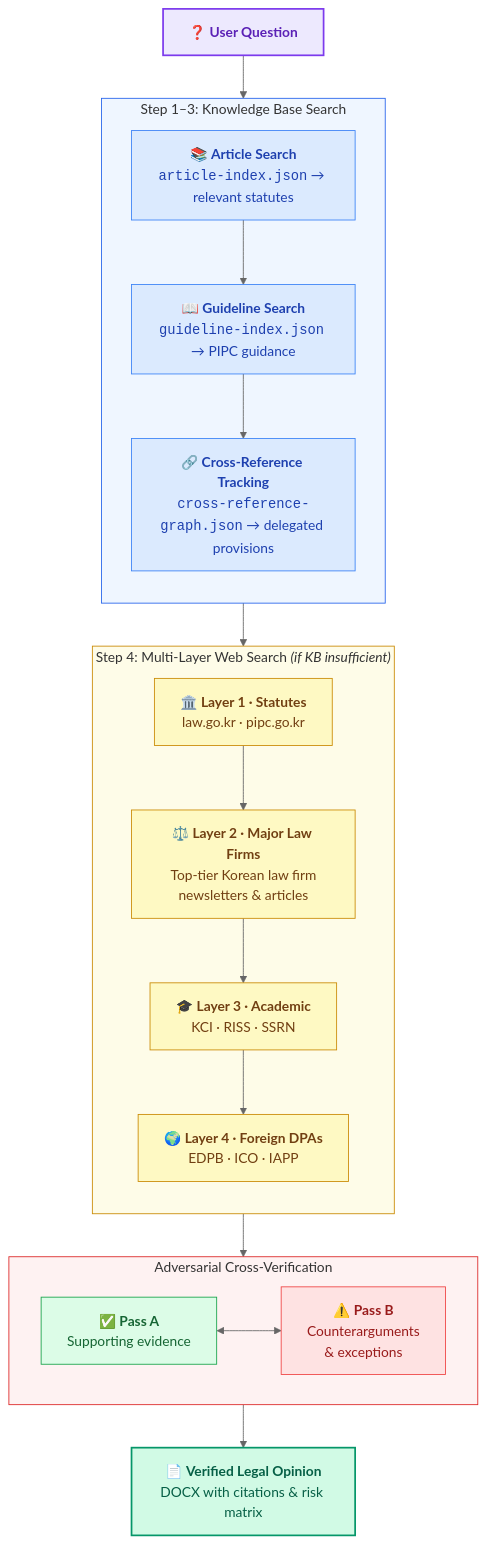
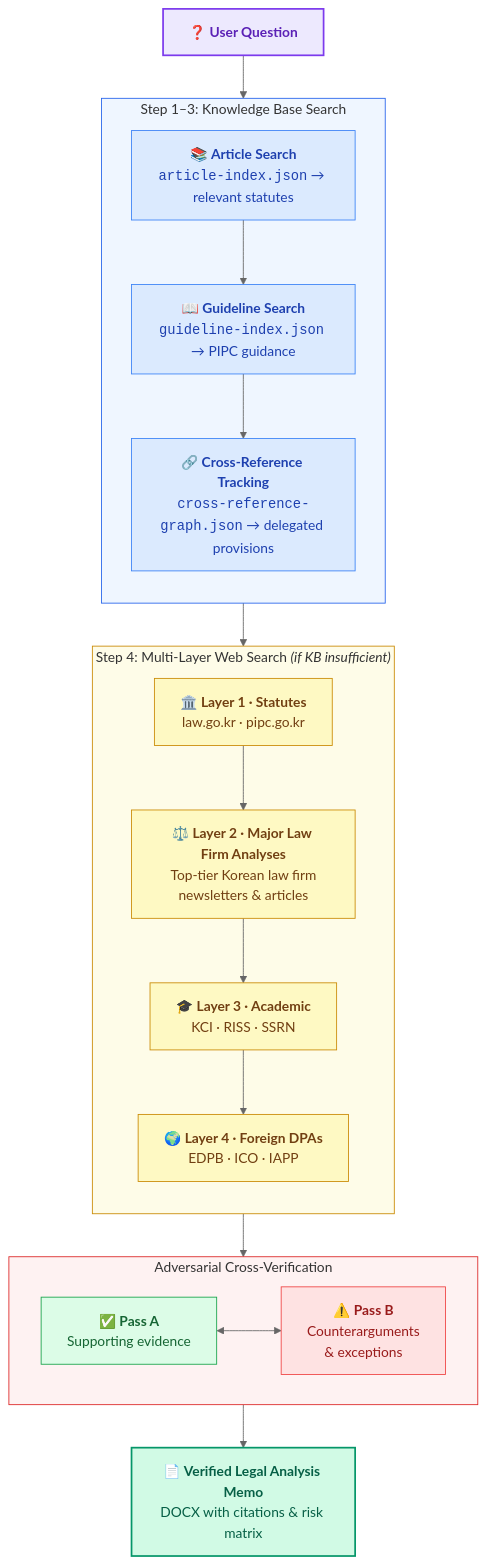
The second of 2 diagrams in README.md (kipeum86/PIPA-expert), drawn with Mermaid (neutral theme) before and after one commit. The commit also changed other lines of this file and 6 other files, not shown here.

````diff
--- a/README.md
+++ b/README.md
@@ -252,50 +252,50 @@
 ```mermaid
 flowchart TD
     Q["❓ <b>User Question</b>"]
 
     subgraph kb["Step 1–3: Knowledge Base Search"]
         direction TB
         S1["📚 <b>Article Search</b><br/><code>article-index.json</code> → relevant statutes"]
         S2["📖 <b>Guideline Search</b><br/><code>guideline-index.json</code> → PIPC guidance"]
         S3["🔗 <b>Cross-Reference Tracking</b><br/><code>cross-reference-graph.json</code> → delegated provisions"]
         S1 --> S2 --> S3
     end
 
     subgraph web["Step 4: Multi-Layer Web Search <i>(if KB insufficient)</i>"]
         direction TB
         L1["🏛️ <b>Layer 1 · Statutes</b><br/>law.go.kr · pipc.go.kr"]
-        L2["⚖️ <b>Layer 2 · Major Law Firms</b><br/>Top-tier Korean law firm<br/>newsletters &amp; articles"]
+        L2["⚖️ <b>Layer 2 · Major Law Firm Analyses</b><br/>Top-tier Korean law firm<br/>newsletters &amp; articles"]
         L3["🎓 <b>Layer 3 · Academic</b><br/>KCI · RISS · SSRN"]
         L4["🌍 <b>Layer 4 · Foreign DPAs</b><br/>EDPB · ICO · IAPP"]
         L1 --> L2 --> L3 --> L4
     end
 
     subgraph verify["Adversarial Cross-Verification"]
         direction LR
         PA["✅ <b>Pass A</b><br/>Supporting evidence"]
         PB["⚠️ <b>Pass B</b><br/>Counterarguments<br/>&amp; exceptions"]
         PA <--> PB
     end
 
-    O["📄 <b>Verified Legal Opinion</b><br/>DOCX with citations &amp; risk matrix"]
+    O["📄 <b>Verified Legal Analysis Memo</b><br/>DOCX with citations &amp; risk matrix"]
 
     Q --> kb
     kb --> web
     web --> verify
     verify --> O
 
     style Q fill:#ede9fe,stroke:#7c3aed,stroke-width:2px,color:#5b21b6
     style kb fill:#eff6ff,stroke:#2563eb,stroke-width:1px
     style web fill:#fefce8,stroke:#ca8a04,stroke-width:1px
     style verify fill:#fef2f2,stroke:#dc2626,stroke-width:1px
     style O fill:#d1fae5,stroke:#059669,stroke-width:2px,color:#065f46
     style S1 fill:#dbeafe,stroke:#3b82f6,color:#1e40af
     style S2 fill:#dbeafe,stroke:#3b82f6,color:#1e40af
     style S3 fill:#dbeafe,stroke:#3b82f6,color:#1e40af
     style L1 fill:#fef9c3,stroke:#ca8a04,color:#713f12
     style L2 fill:#fef9c3,stroke:#ca8a04,color:#713f12
     style L3 fill:#fef9c3,stroke:#ca8a04,color:#713f12
     style L4 fill:#fef9c3,stroke:#ca8a04,color:#713f12
     style PA fill:#dcfce7,stroke:#16a34a,color:#166534
     style PB fill:#fee2e2,stroke:#ef4444,color:#991b1b
 ```
````
